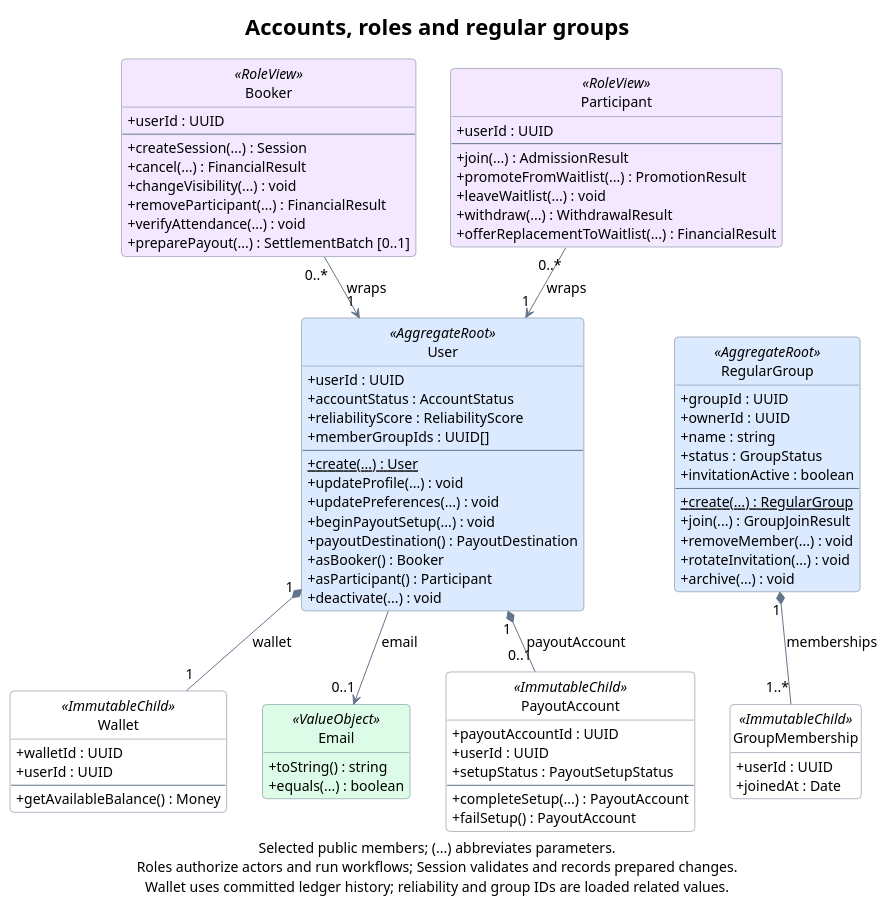
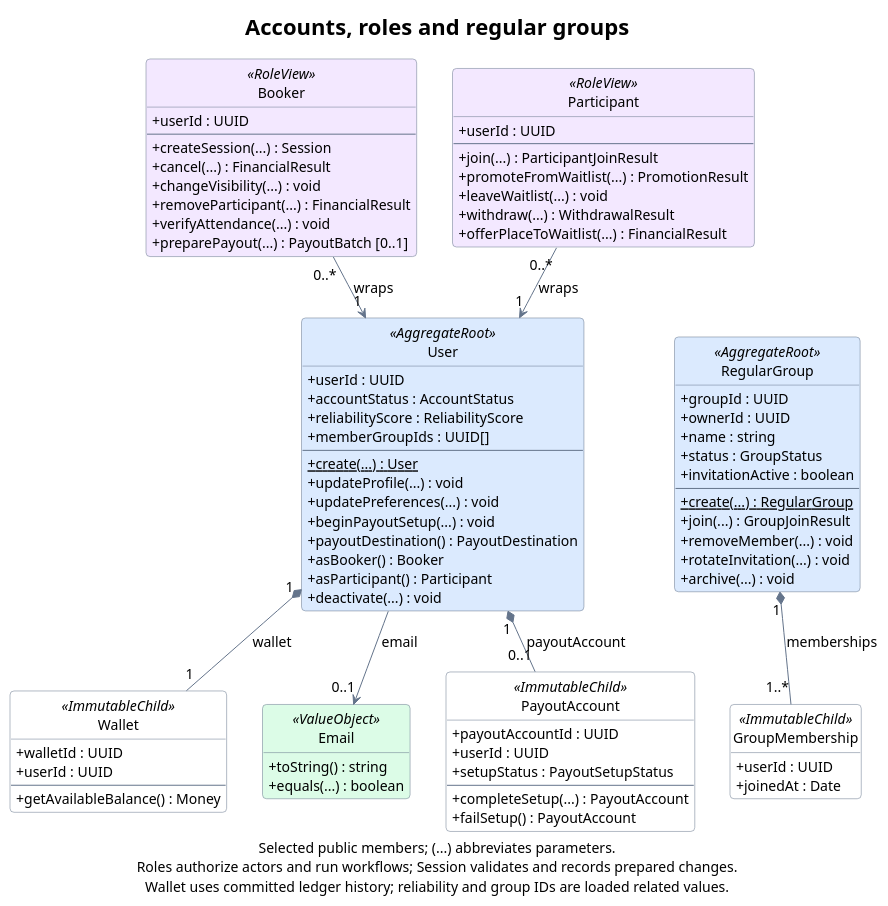
The diagram in docs/diagrams/domain-accounts.puml (rbrishi15/booking-web-manager), drawn with PlantUML before and after one commit. The commit also changed 33 other files, not shown here.

```diff
--- a/docs/diagrams/domain-accounts.puml
+++ b/docs/diagrams/domain-accounts.puml
@@ -1,113 +1,113 @@
 @startuml domain-accounts
 title Accounts, roles and regular groups
 
 top to bottom direction
 hide empty members
 hide circle
 skinparam backgroundColor #FFFFFF
 skinparam shadowing false
 skinparam roundcorner 8
 skinparam defaultFontName SansSerif
 skinparam defaultFontSize 14
 skinparam titleFontSize 22
 skinparam ArrowColor #64748B
 skinparam classBorderColor #64748B
 skinparam classBackgroundColor #FFFFFF
 skinparam classBackgroundColor<<AggregateRoot>> #DBEAFE
 skinparam classBackgroundColor<<ValueObject>> #DCFCE7
 skinparam classBackgroundColor<<RoleView>> #F3E8FF
 skinparam classAttributeIconSize 0
 skinparam linetype polyline
 skinparam nodesep 35
 skinparam ranksep 40
 
 class Booker <<RoleView>> {
   +userId : UUID
   --
   +createSession(...) : Session
   +cancel(...) : FinancialResult
   +changeVisibility(...) : void
   +removeParticipant(...) : FinancialResult
   +verifyAttendance(...) : void
-  +preparePayout(...) : SettlementBatch [0..1]
+  +preparePayout(...) : PayoutBatch [0..1]
 }
 
 class Participant <<RoleView>> {
   +userId : UUID
   --
-  +join(...) : AdmissionResult
+  +join(...) : ParticipantJoinResult
   +promoteFromWaitlist(...) : PromotionResult
   +leaveWaitlist(...) : void
   +withdraw(...) : WithdrawalResult
-  +offerReplacementToWaitlist(...) : FinancialResult
+  +offerPlaceToWaitlist(...) : FinancialResult
 }
 
 class User <<AggregateRoot>> {
   +userId : UUID
   +accountStatus : AccountStatus
   +reliabilityScore : ReliabilityScore
   +memberGroupIds : UUID[]
   --
   {static} +create(...) : User
   +updateProfile(...) : void
   +updatePreferences(...) : void
   +beginPayoutSetup(...) : void
   +payoutDestination() : PayoutDestination
   +asBooker() : Booker
   +asParticipant() : Participant
   +deactivate(...) : void
 }
 
 class Wallet <<ImmutableChild>> {
   +walletId : UUID
   +userId : UUID
   --
   +getAvailableBalance() : Money
 }
 
 class Email <<ValueObject>> {
   +toString() : string
   +equals(...) : boolean
 }
 
 class PayoutAccount <<ImmutableChild>> {
   +payoutAccountId : UUID
   +userId : UUID
   +setupStatus : PayoutSetupStatus
   --
   +completeSetup(...) : PayoutAccount
   +failSetup() : PayoutAccount
 }
 
 class RegularGroup <<AggregateRoot>> {
   +groupId : UUID
   +ownerId : UUID
   +name : string
   +status : GroupStatus
   +invitationActive : boolean
   --
   {static} +create(...) : RegularGroup
   +join(...) : GroupJoinResult
   +removeMember(...) : void
   +rotateInvitation(...) : void
   +archive(...) : void
 }
 
 class GroupMembership <<ImmutableChild>> {
   +userId : UUID
   +joinedAt : Date
 }
 
 Booker "0..*" -down-> "1" User : wraps
 Participant "0..*" -down-> "1" User : wraps
 User "1" *-down- "1" Wallet : wallet
 User "1" *-down- "0..1" PayoutAccount : payoutAccount
 User -down-> "0..1" Email : email
 RegularGroup "1" *-down- "1..*" GroupMembership : memberships
 
 User -[hidden]right- RegularGroup
 Wallet -[hidden]right- Email
 Email -[hidden]right- PayoutAccount
 
 caption Selected public members; (...) abbreviates parameters.\nRoles authorize actors and run workflows; Session validates and records prepared changes.\nWallet uses committed ledger history; reliability and group IDs are loaded related values.
 @enduml
```
